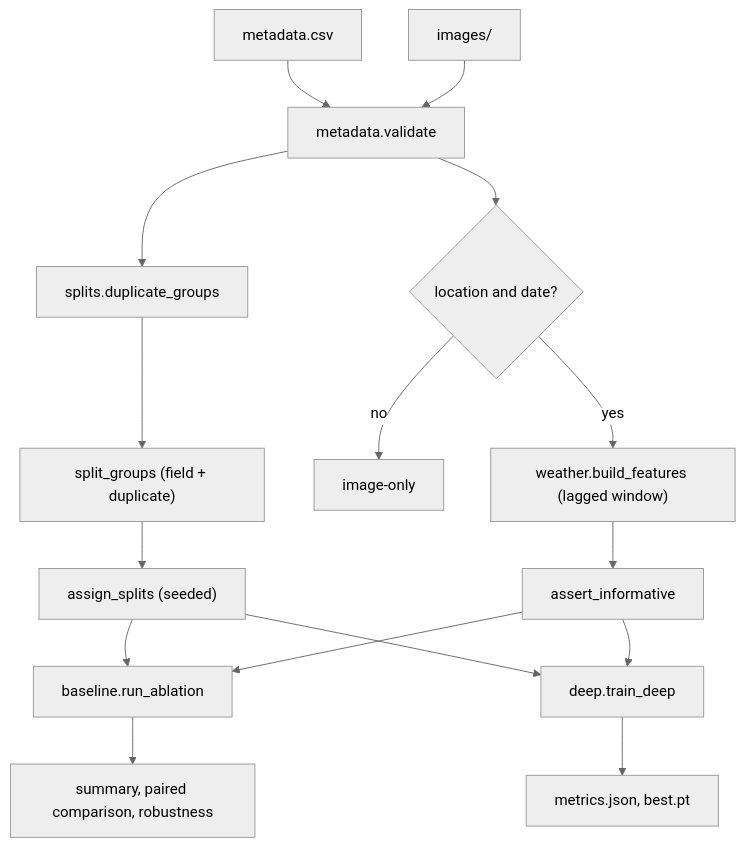
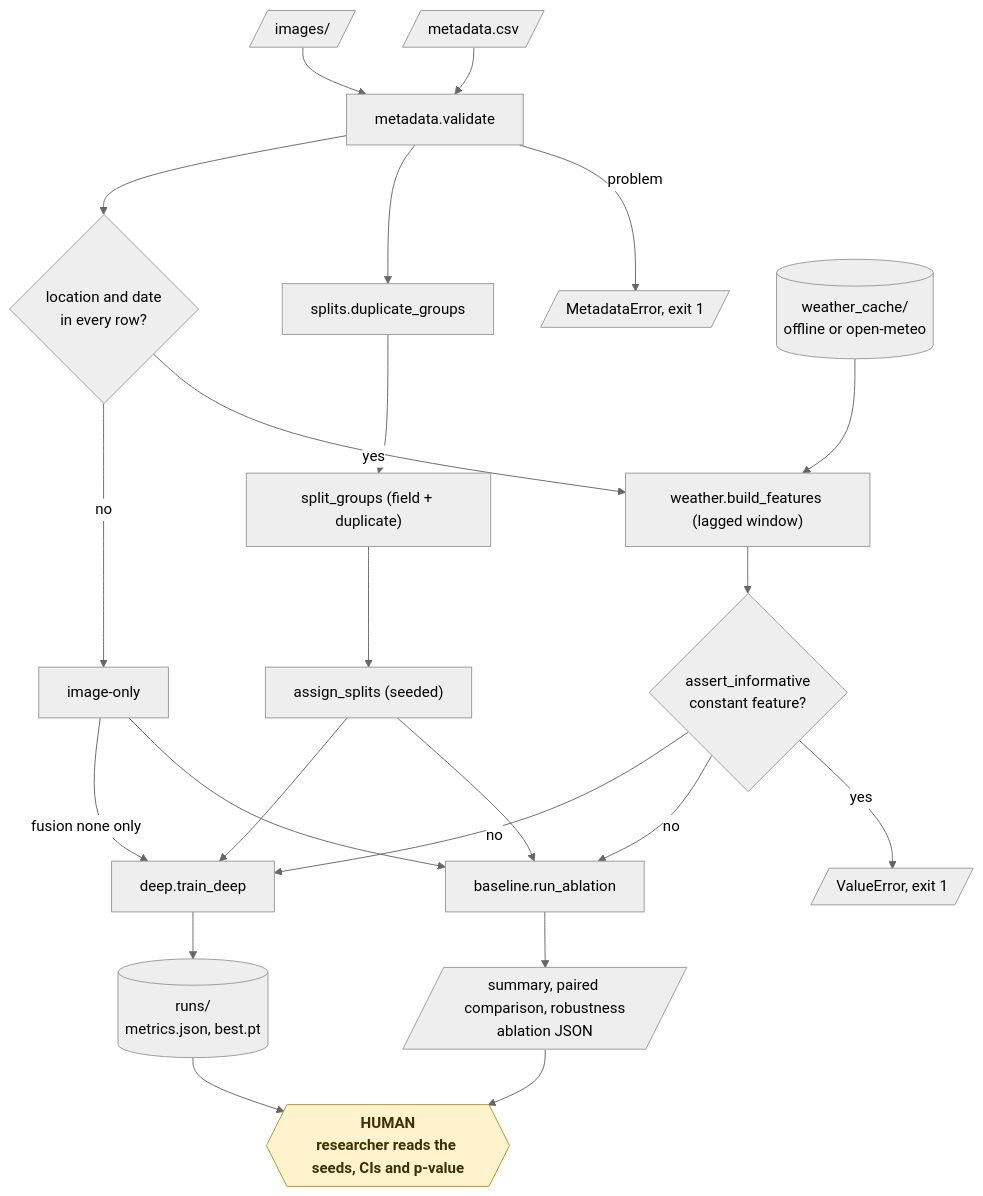
Before and after one commit to KrishnaAnnavaram/paddyguard: the fifth of 16 diagrams in README.md, drawn with Mermaid (neutral theme). The commit also changed other lines of this file, not shown here.

Commit message:
Add the workflow diagrams to the README

````diff
--- a/README.md
+++ b/README.md
@@ -217,18 +273,28 @@
 ```mermaid
-flowchart TB
-    M["metadata.csv"] --> V["metadata.validate"]
-    I["images/"] --> V
+flowchart TD
+    M[/"metadata.csv"/] --> V["metadata.validate"]
+    I[/"images/"/] --> V
+    V -- "problem" --> ERR[/"MetadataError, exit 1"/]
     V --> DUP["splits.duplicate_groups"]
-    V --> WA{"location and date?"}
+    V --> WA{"location and date<br/>in every row?"}
     WA -->|"yes"| WF["weather.build_features (lagged window)"]
     WA -->|"no"| IO["image-only"]
-    WF --> CHK["assert_informative"]
+    CACHE[("weather_cache/<br/>offline or open-meteo")] --> WF
+    WF --> CHK{"assert_informative<br/>constant feature?"}
+    CHK -- "yes" --> STOP[/"ValueError, exit 1"/]
     DUP --> G["split_groups (field + duplicate)"]
     G --> S["assign_splits (seeded)"]
     S --> AB["baseline.run_ablation"]
     S --> DP["deep.train_deep"]
-    CHK --> AB
-    CHK --> DP
-    AB --> R["summary, paired comparison, robustness"]
-    DP --> RR["metrics.json, best.pt"]
+    CHK -- "no" --> AB
+    CHK -- "no" --> DP
+    IO --> AB
+    IO -- "fusion none only" --> DP
+    AB --> R[/"summary, paired comparison, robustness<br/>ablation JSON"/]
+    DP --> RR[("runs/<br/>metrics.json, best.pt")]
+    R --> HUMAN{{"HUMAN<br/>researcher reads the seeds, CIs and p-value"}}
+    RR --> HUMAN
+
+    classDef human fill:#fff3cd,stroke:#b8901f,color:#3d2f00,font-weight:bold
+    class HUMAN human
 ```
````
